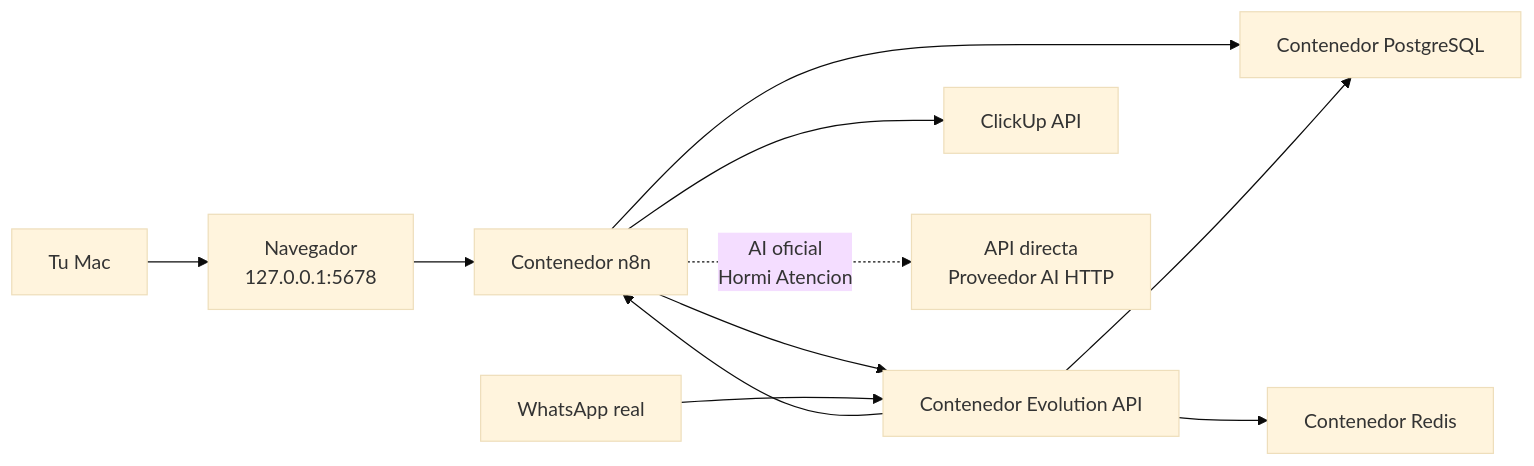
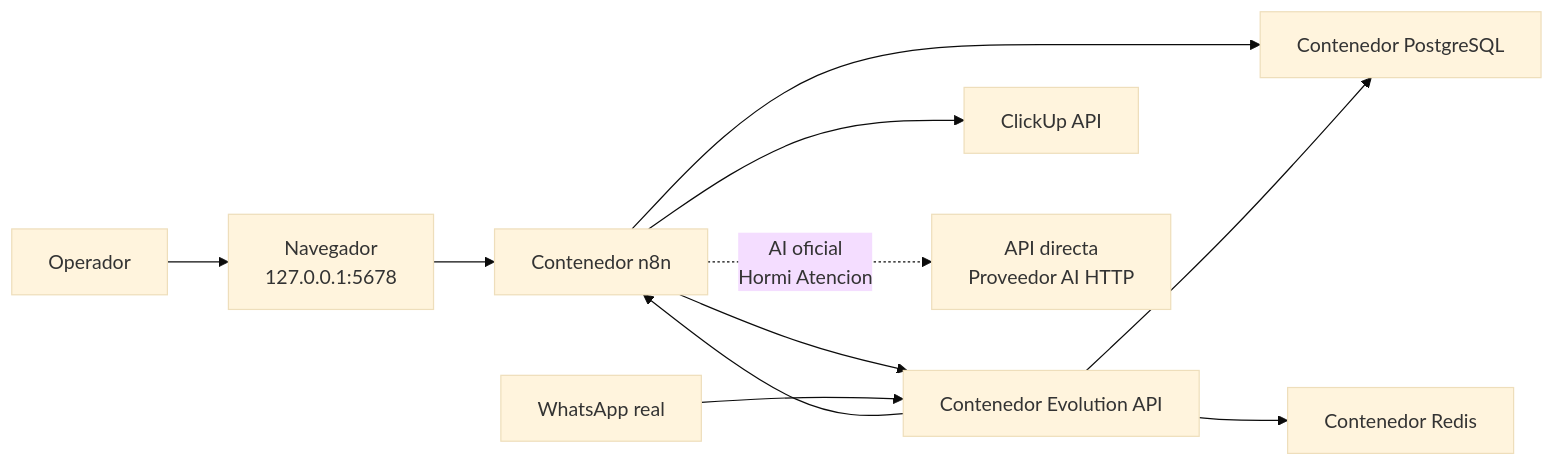
Before and after one commit to juanpablovM/Automatizacion-WhatsApp: the diagram in docs/arquitectura.md, drawn with Mermaid (base theme). The commit also changed other lines of this file and 12 other files, not shown here.

````diff
--- a/docs/arquitectura.md
+++ b/docs/arquitectura.md
@@ -33,13 +33,13 @@
 ```mermaid
 flowchart LR
-    User["Tu Mac"] --> Browser["Navegador<br/>127.0.0.1:5678"]
+    User["Operador"] --> Browser["Navegador<br/>127.0.0.1:5678"]
     Browser --> N8N["Contenedor n8n"]
     N8N --> PG["Contenedor PostgreSQL"]
     N8N --> EVO["Contenedor Evolution API"]
     EVO --> REDIS["Contenedor Redis"]
     EVO --> PG
     N8N --> CU["ClickUp API"]
     N8N -.->|AI oficial<br/>Hormi Atencion| OC["API directa<br/>Proveedor AI HTTP"]
     WA["WhatsApp real"] --> EVO
     EVO --> N8N
 ```
````
